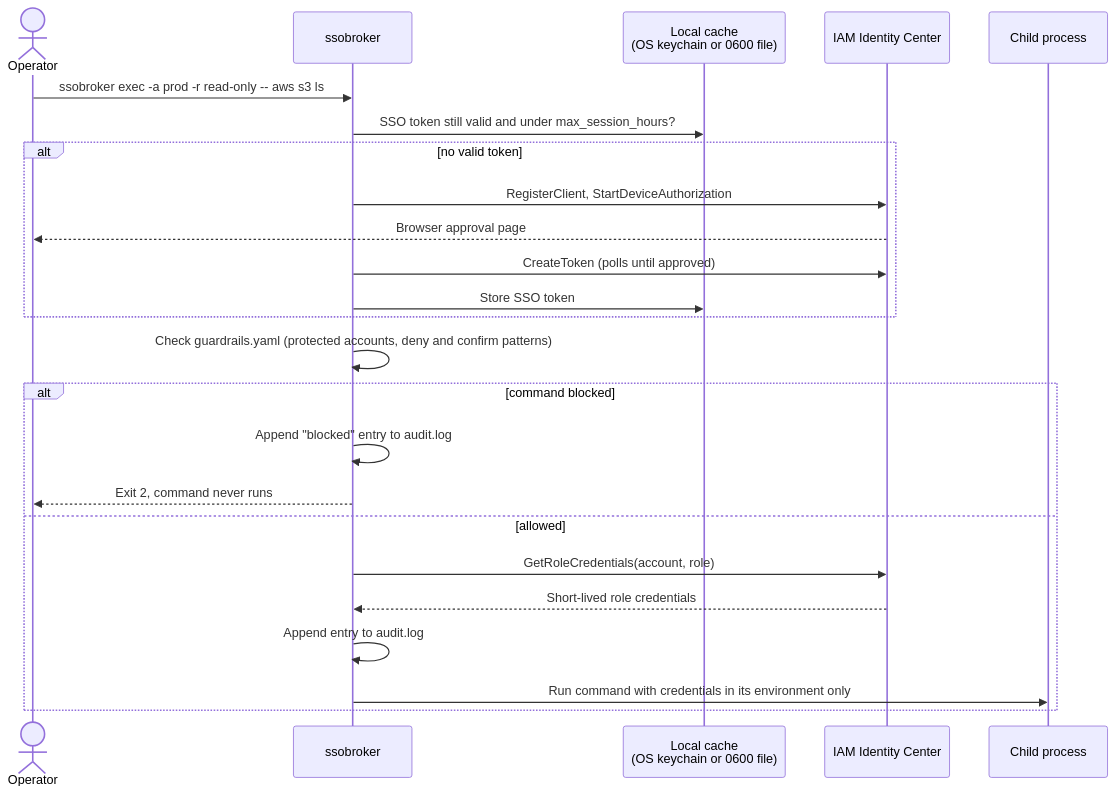
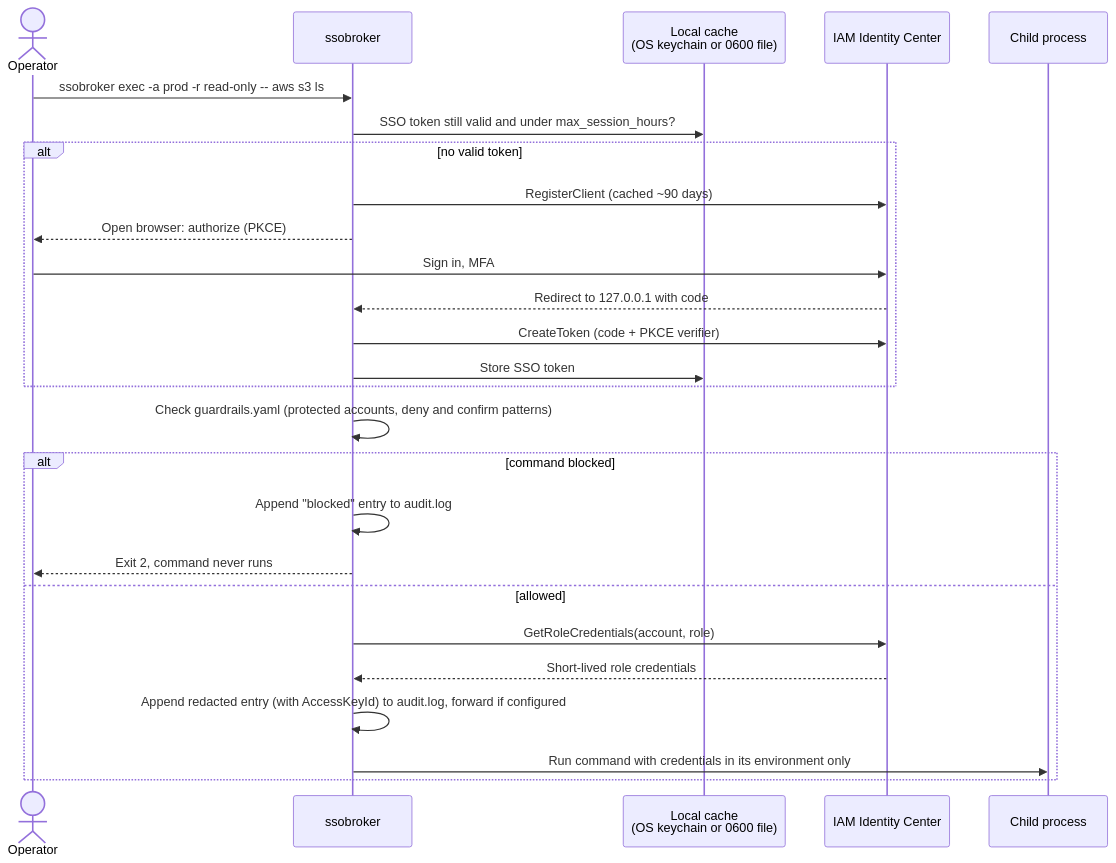
The diagram in README.md (DustyStudy/aws-sso-broker), drawn with Mermaid before and after one commit. The commit also changed other lines of this file and 34 other files, not shown here.

First line of the commit message:
feat: harden sign-in, credential cache and audit trail for corporate use (#9)

````diff
--- a/README.md
+++ b/README.md
@@ -27,27 +27,29 @@
 ```mermaid
 sequenceDiagram
     actor Op as Operator
     participant CLI as ssobroker
     participant Cache as Local cache<br/>(OS keychain or 0600 file)
     participant IdC as IAM Identity Center
     participant Child as Child process
 
     Op->>CLI: ssobroker exec -a prod -r read-only -- aws s3 ls
     CLI->>Cache: SSO token still valid and under max_session_hours?
     alt no valid token
-        CLI->>IdC: RegisterClient, StartDeviceAuthorization
-        IdC-->>Op: Browser approval page
-        CLI->>IdC: CreateToken (polls until approved)
+        CLI->>IdC: RegisterClient (cached ~90 days)
+        CLI-->>Op: Open browser: authorize (PKCE)
+        Op->>IdC: Sign in, MFA
+        IdC-->>CLI: Redirect to 127.0.0.1 with code
+        CLI->>IdC: CreateToken (code + PKCE verifier)
         CLI->>Cache: Store SSO token
     end
     CLI->>CLI: Check guardrails.yaml (protected accounts, deny and confirm patterns)
     alt command blocked
         CLI->>CLI: Append "blocked" entry to audit.log
         CLI-->>Op: Exit 2, command never runs
     else allowed
         CLI->>IdC: GetRoleCredentials(account, role)
         IdC-->>CLI: Short-lived role credentials
-        CLI->>CLI: Append entry to audit.log
+        CLI->>CLI: Append redacted entry (with AccessKeyId) to audit.log, forward if configured
         CLI->>Child: Run command with credentials in its environment only
     end
 ```
````
